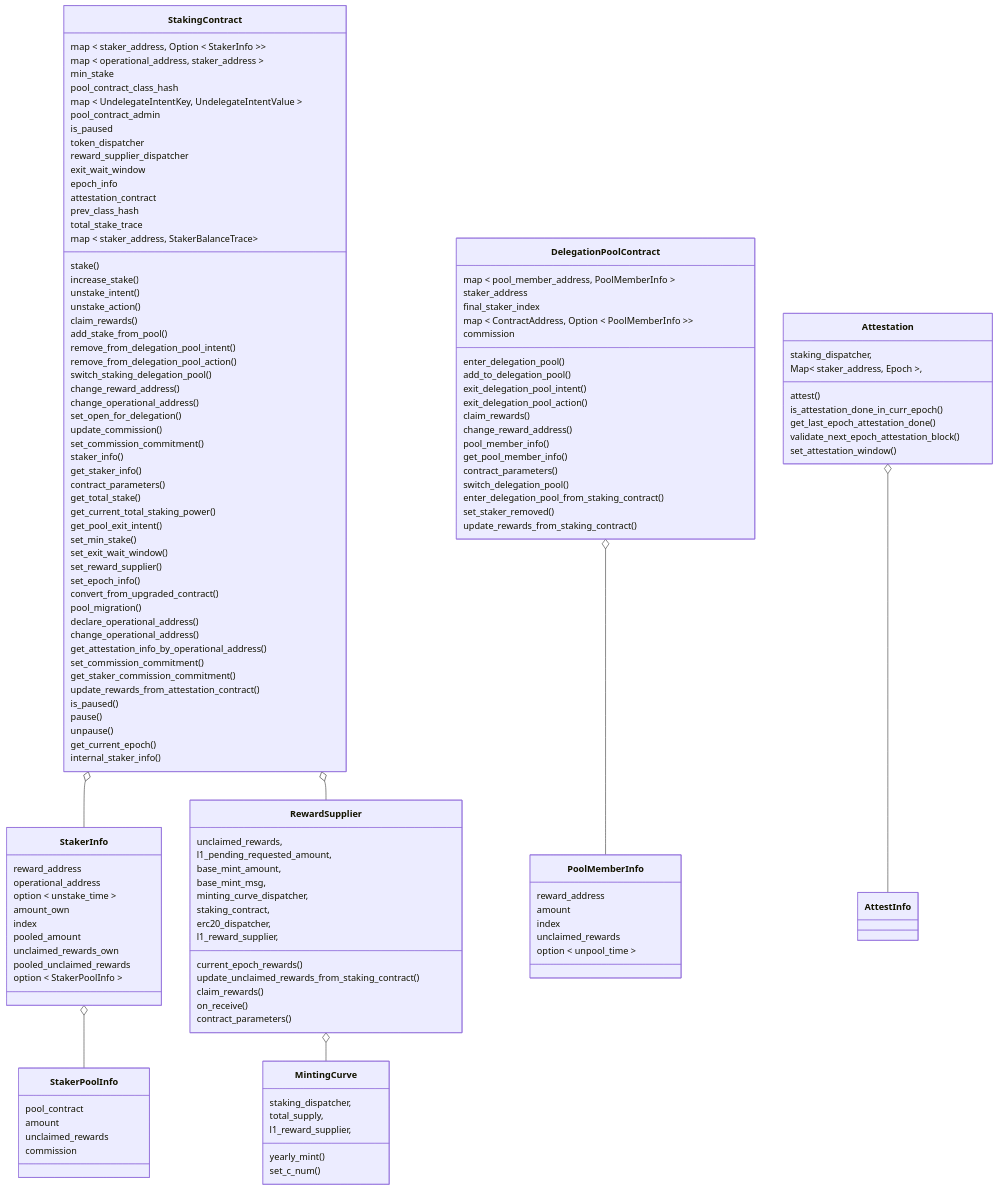
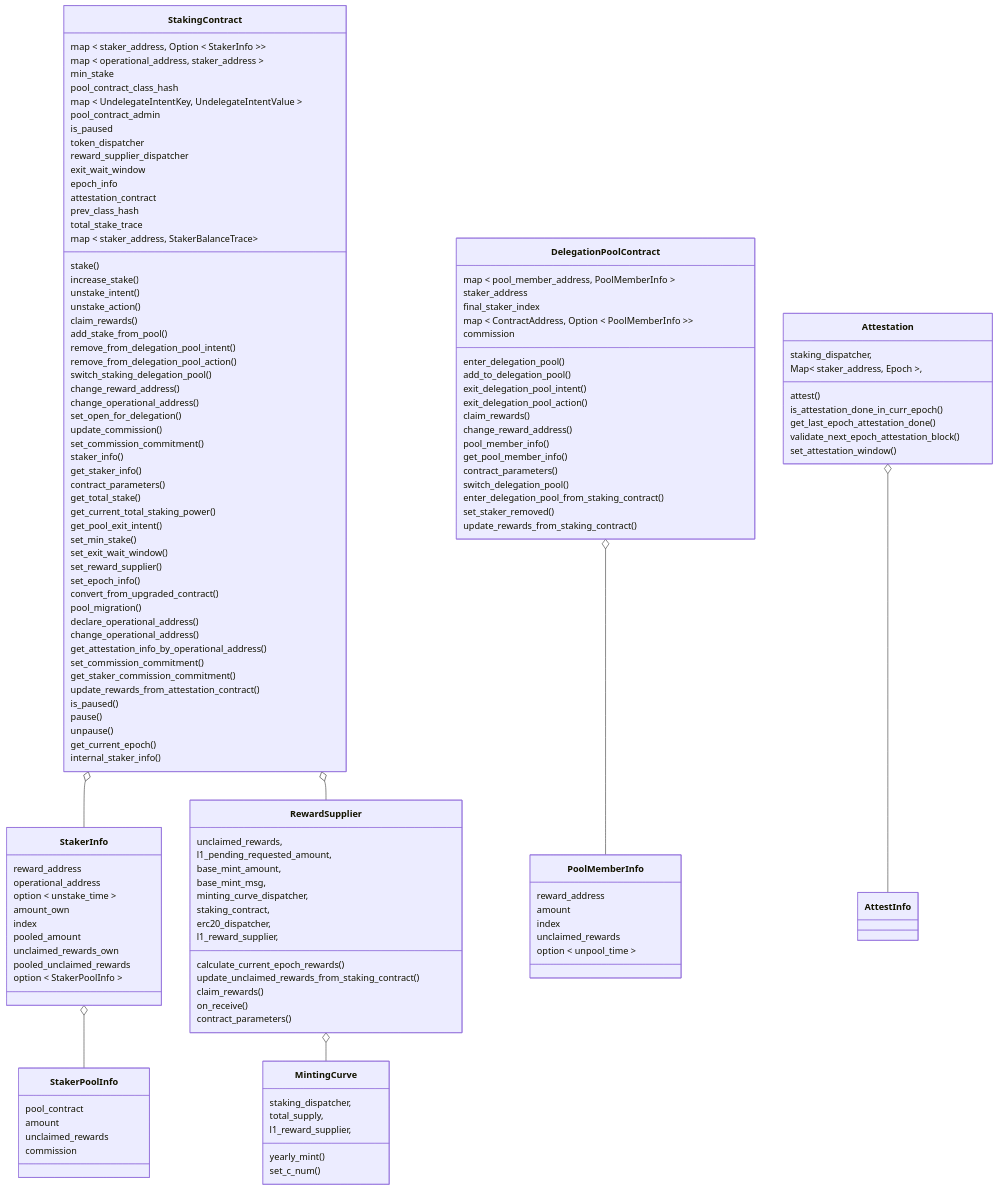
One commit to starkware-libs/starknet-staking changed the first of 8 diagrams in workspace/apps/staking/docs/spec.md. Above: the diagram before and after it, drawn with Mermaid. The commit also changed other lines of this file and 7 other files, not shown here.

Commit message:
fix(staking): rename current epoch rewards (#3867)

```diff
--- a/workspace/apps/staking/docs/spec.md
+++ b/workspace/apps/staking/docs/spec.md
@@ -337,7 +337,7 @@
     staking_contract,
     erc20_dispatcher,
     l1_reward_supplier,
-    current_epoch_rewards()
+    calculate_current_epoch_rewards()
     update_unclaimed_rewards_from_staking_contract()
     claim_rewards()
     on_receive()
```
